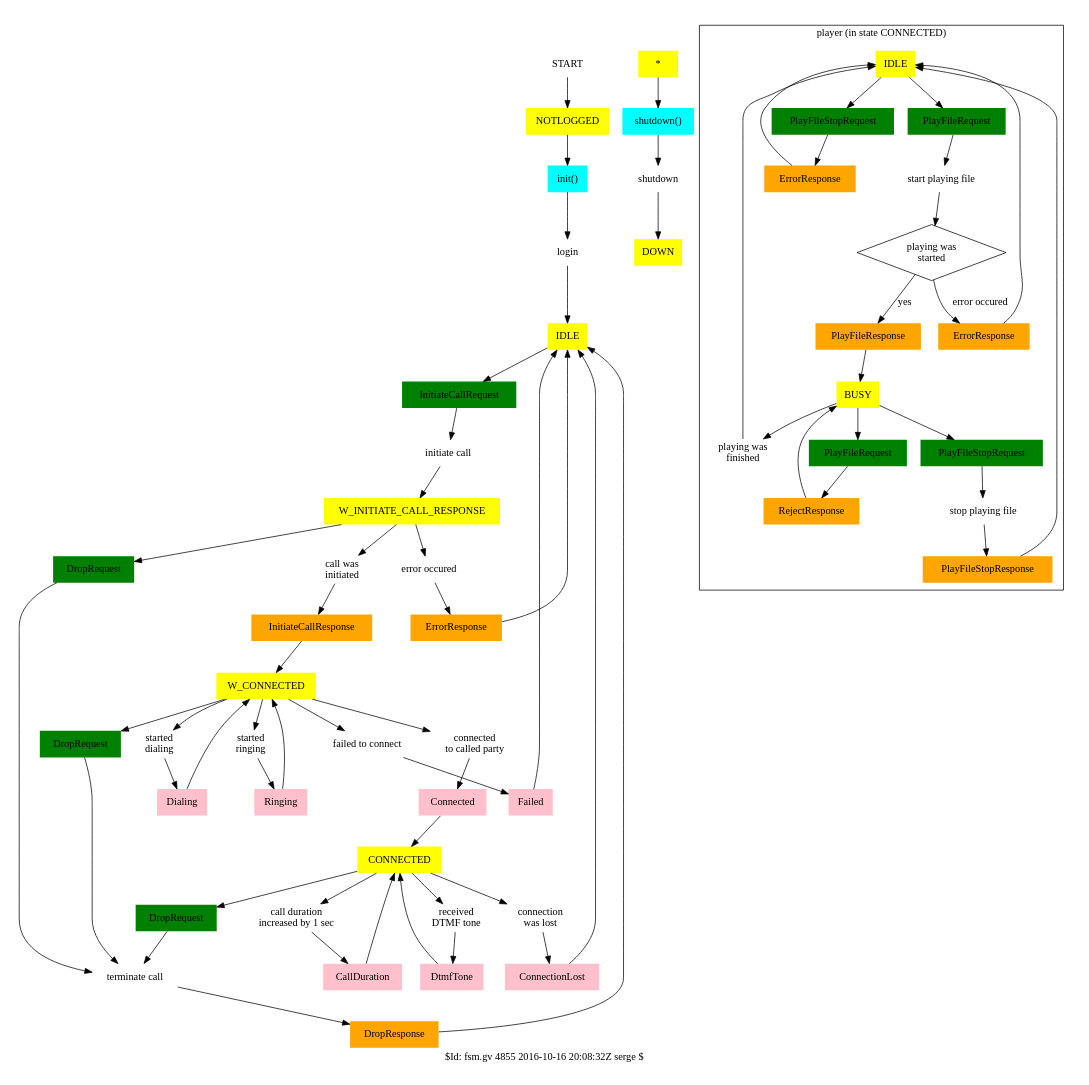
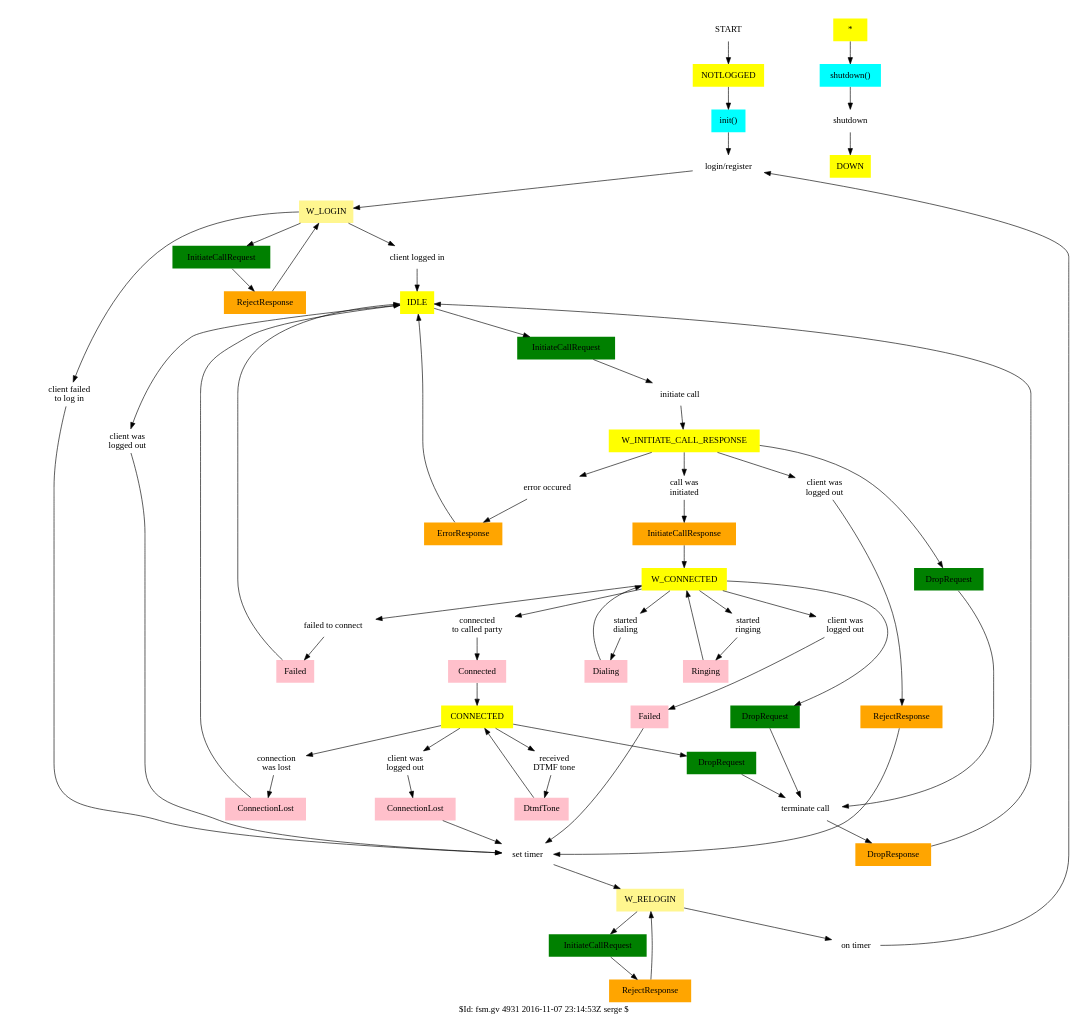
Before and after one commit to trodevel/sip_wrapper: the diagram in docs/fsm.gv, drawn with Graphviz. The commit also changed 5 other files, not shown here.

```diff
--- a/docs/fsm.gv
+++ b/docs/fsm.gv
@@ -1,151 +1,139 @@
 # Simple VOIP Finite State Machine.
 #
 # Copyright (C) 2016 Sergey Kolevatov
 #
 # This program is free software: you can redistribute it and/or modify
 # it under the terms of the GNU General Public License as published by
 # the Free Software Foundation, either version 3 of the License, or
 # (at your option) any later version.
 #
 # This program is distributed in the hope that it will be useful,
 # but WITHOUT ANY WARRANTY; without even the implied warranty of
 # MERCHANTABILITY or FITNESS FOR A PARTICULAR PURPOSE. See the
 # GNU General Public License for more details.
 #
 # You should have received a copy of the GNU General Public License
 # along with this program. If not, see <http://www.gnu.org/licenses/>.
 #
 
-# $Id: fsm.gv 4855 2016-10-16 20:08:32Z serge $
+# $Id: fsm.gv 4931 2016-11-07 23:14:53Z serge $
 #
 # execute: FL=fsm; dot -l sdl.ps -Tps $FL.gv -o $FL.ps; ps2pdf $FL.ps $FL.pdf
 
 digraph FSM
 {
 
-label="$Id: fsm.gv 4855 2016-10-16 20:08:32Z serge $";
+label="$Id: fsm.gv 4931 2016-11-07 23:14:53Z serge $";
 
 size="7,7";
 ratio=fill;
 splines=true;
 node [peripheries=0 style=filled fillcolor=white]
 
 ######################################################
 # States
 
 START                      [ shape = sdl_start ]
 ANY                        [ label = "*" shape = sdl_state fillcolor=yellow ]
 NOTLOGGED                  [ shape = sdl_state fillcolor=yellow ]
+W_RELOGIN                  [ shape = sdl_state fillcolor=khaki1 ]
+W_LOGIN                    [ shape = sdl_state fillcolor=khaki1 ]
 IDLE                       [ shape = sdl_state fillcolor=yellow ]
 W_INITIATE_CALL_RESPONSE   [ shape = sdl_state fillcolor=yellow ]
 W_CONNECTED                [ shape = sdl_state fillcolor=yellow ]
 CONNECTED                  [ shape = sdl_state fillcolor=yellow ]
 DOWN                       [ shape = sdl_state fillcolor=yellow ]
-
-
-subgraph "cluster_player"
-{
-    label="player (in state CONNECTED)"
-
-    PLAYER_IDLE                [ label="IDLE" shape = sdl_state fillcolor=yellow ]
-    PLAYER_BUSY                [ label="BUSY" shape = sdl_state fillcolor=yellow ]
-}
 
 ######################################################
 # Actions
 
 ANY__SHUTDOWN                     [ label="shutdown()"                      shape = sdl_input_from_left fillcolor=cyan ]
 ANY__CALL_SHUTDOWN                [ label="shutdown"                        shape = sdl_call ]
 
 NOTLOGGED__INIT                   [ label="init()"                          shape = sdl_input_from_left fillcolor=cyan]
-NOTLOGGED__CALL_LOGIN             [ label="login"                           shape = sdl_call ]
+NOTLOGGED__SEND_LOGIN             [ label="login/register"                  shape = sdl_output_to_right ]
+
+W_LOGIN__LOGGED                   [ label="client logged in"                shape = sdl_input_from_right ]
+W_LOGIN__FAILED                   [ label="client failed\nto log in"        shape = sdl_input_from_right ]
+W_LOGIN__SET_TIMER                [ label="set timer"                       shape = sdl_set ]
+W_LOGIN__INITIATE                 [ label=InitiateCallRequest               shape = sdl_input_from_left fillcolor=green ]
+W_LOGIN__SEND_REJECT              [ label=RejectResponse                    shape = sdl_output_to_left  fillcolor=orange ]
+
+W_RELOGIN__TIMER                  [ label="on timer"                        shape = sdl_input_from_left ]
+W_RELOGIN__INITIATE               [ label=InitiateCallRequest               shape = sdl_input_from_left fillcolor=green ]
+W_RELOGIN__SEND_REJECT            [ label=RejectResponse                    shape = sdl_output_to_left  fillcolor=orange ]
 
 IDLE__INITIATE                    [ label=InitiateCallRequest               shape = sdl_input_from_left fillcolor=green ]
 IDLE__CALL_ICR                    [ label="initiate call"                   shape = sdl_call ]
+IDLE__LOGGEDOUT                   [ label="client was\nlogged out"          shape = sdl_input_from_right ]
 
 W_INITIATE_CALL_RESPONSE__ICR        [ label="call was\ninitiated"             shape = sdl_input_from_right ]
 W_INITIATE_CALL_RESPONSE__ERROR      [ label="error occured"                   shape = sdl_input_from_right ]
 W_INITIATE_CALL_RESPONSE__SEND_ERROR [ label=ErrorResponse                     shape = sdl_output_to_left   fillcolor=orange ]
 W_INITIATE_CALL_RESPONSE__SEND_ICR   [ label=InitiateCallResponse              shape = sdl_output_to_left   fillcolor=orange ]
 W_INITIATE_CALL_RESPONSE__DROP_REQ   [ label=DropRequest                       shape = sdl_input_from_left  fillcolor=green ]
 W_INITIATE_CALL_RESPONSE__CALL_TERMINATE   [ label="terminate call"            shape = sdl_call ]
 W_INITIATE_CALL_RESPONSE__SEND_DROP_RESP   [ label=DropResponse                shape = sdl_output_to_left   fillcolor=orange ]
+W_INITIATE_CALL_RESPONSE__LOGGEDOUT        [ label="client was\nlogged out"          shape = sdl_input_from_right ]
+W_INITIATE_CALL_RESPONSE__SEND_REJECT      [ label=RejectResponse              shape = sdl_output_to_left   fillcolor=orange ]
 
 W_CONNECTED__DROP_REQ              [ label=DropRequest                       shape = sdl_input_from_left fillcolor=green ]
 W_CONNECTED__CONNECTED             [ label="connected\nto called party"      shape = sdl_input_from_right ]
 W_CONNECTED__SEND_CONNECTED        [ label=Connected                         shape = sdl_output_to_left  fillcolor=pink ]
 W_CONNECTED__FAILED                [ label="failed to connect"               shape = sdl_input_from_right ]
 W_CONNECTED__SEND_FAILED           [ label=Failed                            shape = sdl_output_to_left  fillcolor=pink ]
 W_CONNECTED__DIALING               [ label="started\ndialing"                shape = sdl_input_from_right ]
 W_CONNECTED__SEND_DIALING          [ label=Dialing                           shape = sdl_output_to_left  fillcolor=pink ]
 W_CONNECTED__RINGING               [ label="started\nringing"                shape = sdl_input_from_right ]
 W_CONNECTED__SEND_RINGING          [ label=Ringing                           shape = sdl_output_to_left  fillcolor=pink ]
+W_CONNECTED__LOGGEDOUT             [ label="client was\nlogged out"          shape = sdl_input_from_right ]
+W_CONNECTED__SEND_FAILED_2         [ label=Failed                            shape = sdl_output_to_left  fillcolor=pink ]
 
 CONNECTED__DROP_REQ               [ label=DropRequest                       shape = sdl_input_from_left fillcolor=green ]
 CONNECTED__DTMF_TONE              [ label="received\nDTMF tone"             shape = sdl_input_from_right ]
 CONNECTED__SEND_DTMF_TONE         [ label=DtmfTone                          shape = sdl_output_to_left fillcolor=pink ]
-CONNECTED__DURATION               [ label="call duration\nincreased by 1 sec"        shape = sdl_input_from_right ]
-CONNECTED__SEND_DURATION          [ label=CallDuration                      shape = sdl_output_to_left fillcolor=pink ]
+#CONNECTED__DURATION               [ label="call duration\nincreased by 1 sec"        shape = sdl_input_from_right ]
+#CONNECTED__SEND_DURATION          [ label=CallDuration                      shape = sdl_output_to_left fillcolor=pink ]
 CONNECTED__CONN_LOST              [ label="connection\nwas lost"            shape = sdl_input_from_right ]
 CONNECTED__SEND_CONN_LOST         [ label=ConnectionLost                    shape = sdl_output_to_left fillcolor=pink ]
-
-subgraph "cluster_player"
-{
-
-PLAYER_IDLE__PLAY_FILE_STOP_REQ     [ label=PlayFileStopRequest               shape = sdl_input_from_left fillcolor=green]
-PLAYER_IDLE__SEND_ERROR_RESP        [ label=ErrorResponse                     shape = sdl_output_to_left  fillcolor=orange ]
-PLAYER_IDLE__PLAY_FILE_REQ          [ label=PlayFileRequest                   shape = sdl_input_from_left fillcolor=green]
-PLAYER_IDLE__SEND_PLAY_FILE_REQ     [ label="start playing file"              shape = sdl_call ]
-PLAYER_IDLE__SEND_PLAY_FILE_RESP    [ label=PlayFileResponse                  shape = sdl_output_to_left  fillcolor=orange ]
-PLAYER_IDLE__IS_OK                  [ label="playing was\nstarted"            shape = diamond peripheries=1]
-
-PLAYER_BUSY__PLAY_FILE_REQ     [ label=PlayFileRequest                   shape = sdl_input_from_left fillcolor=green]
-PLAYER_BUSY__SEND_REJECT       [ label=RejectResponse                    shape = sdl_output_to_left  fillcolor=orange ]
-PLAYER_BUSY__SEND_ERROR        [ label=ErrorResponse                     shape = sdl_output_to_left  fillcolor=orange ]
-PLAYER_BUSY__PLAY_FILE_FINISHED        [ label="playing was\nfinished"   shape = sdl_input_from_right ]
-PLAYER_BUSY__PLAY_FILE_STOP_REQ        [ label=PlayFileStopRequest       shape = sdl_input_from_left fillcolor=green]
-PLAYER_BUSY__CALL_PLAY_FILE_STOP       [ label="stop playing file"       shape = sdl_call ]
-PLAYER_BUSY__SEND_PLAY_FILE_STOP_RESP  [ label=PlayFileStopResponse      shape = sdl_output_to_left  fillcolor=orange ]
-
-}
+CONNECTED__LOGGEDOUT              [ label="client was\nlogged out"          shape = sdl_input_from_right ]
+CONNECTED__SEND_CONN_LOST_2       [ label=ConnectionLost                    shape = sdl_output_to_left fillcolor=pink ]
 
 ######################################################
 # Transitions
 
 START -> NOTLOGGED
 
 ANY -> ANY__SHUTDOWN         -> ANY__CALL_SHUTDOWN    -> DOWN
 
-NOTLOGGED -> NOTLOGGED__INIT -> NOTLOGGED__CALL_LOGIN -> IDLE
+NOTLOGGED -> NOTLOGGED__INIT -> NOTLOGGED__SEND_LOGIN -> W_LOGIN
+
+W_LOGIN -> W_LOGIN__LOGGED   -> IDLE
+W_LOGIN -> W_LOGIN__FAILED   -> W_LOGIN__SET_TIMER   -> W_RELOGIN
+W_LOGIN -> W_LOGIN__INITIATE -> W_LOGIN__SEND_REJECT -> W_LOGIN
+
+W_RELOGIN -> W_RELOGIN__TIMER    -> NOTLOGGED__SEND_LOGIN
+W_RELOGIN -> W_RELOGIN__INITIATE -> W_RELOGIN__SEND_REJECT -> W_RELOGIN
 
 IDLE -> IDLE__INITIATE       -> IDLE__CALL_ICR        -> W_INITIATE_CALL_RESPONSE
+IDLE -> IDLE__LOGGEDOUT      -> W_LOGIN__SET_TIMER
 
-W_INITIATE_CALL_RESPONSE -> W_INITIATE_CALL_RESPONSE__ICR      -> W_INITIATE_CALL_RESPONSE__SEND_ICR       -> W_CONNECTED
-W_INITIATE_CALL_RESPONSE -> W_INITIATE_CALL_RESPONSE__ERROR    -> W_INITIATE_CALL_RESPONSE__SEND_ERROR     -> IDLE
-W_INITIATE_CALL_RESPONSE -> W_INITIATE_CALL_RESPONSE__DROP_REQ -> W_INITIATE_CALL_RESPONSE__CALL_TERMINATE -> W_INITIATE_CALL_RESPONSE__SEND_DROP_RESP -> IDLE
+W_INITIATE_CALL_RESPONSE -> W_INITIATE_CALL_RESPONSE__ICR       -> W_INITIATE_CALL_RESPONSE__SEND_ICR       -> W_CONNECTED
+W_INITIATE_CALL_RESPONSE -> W_INITIATE_CALL_RESPONSE__ERROR     -> W_INITIATE_CALL_RESPONSE__SEND_ERROR     -> IDLE
+W_INITIATE_CALL_RESPONSE -> W_INITIATE_CALL_RESPONSE__DROP_REQ  -> W_INITIATE_CALL_RESPONSE__CALL_TERMINATE -> W_INITIATE_CALL_RESPONSE__SEND_DROP_RESP -> IDLE
+W_INITIATE_CALL_RESPONSE -> W_INITIATE_CALL_RESPONSE__LOGGEDOUT -> W_INITIATE_CALL_RESPONSE__SEND_REJECT    -> W_LOGIN__SET_TIMER
 
 W_CONNECTED -> W_CONNECTED__DROP_REQ  -> W_INITIATE_CALL_RESPONSE__CALL_TERMINATE
 W_CONNECTED -> W_CONNECTED__CONNECTED -> W_CONNECTED__SEND_CONNECTED -> CONNECTED
 W_CONNECTED -> W_CONNECTED__FAILED    -> W_CONNECTED__SEND_FAILED    -> IDLE
 W_CONNECTED -> W_CONNECTED__DIALING   -> W_CONNECTED__SEND_DIALING   -> W_CONNECTED
 W_CONNECTED -> W_CONNECTED__RINGING   -> W_CONNECTED__SEND_RINGING   -> W_CONNECTED
+W_CONNECTED -> W_CONNECTED__LOGGEDOUT -> W_CONNECTED__SEND_FAILED_2  -> W_LOGIN__SET_TIMER
 
 CONNECTED -> CONNECTED__DROP_REQ           -> W_INITIATE_CALL_RESPONSE__CALL_TERMINATE
 CONNECTED -> CONNECTED__CONN_LOST          -> CONNECTED__SEND_CONN_LOST                -> IDLE
 CONNECTED -> CONNECTED__DTMF_TONE          -> CONNECTED__SEND_DTMF_TONE                -> CONNECTED
-CONNECTED -> CONNECTED__DURATION           -> CONNECTED__SEND_DURATION                 -> CONNECTED
-
-PLAYER_IDLE -> PLAYER_IDLE__PLAY_FILE_STOP_REQ -> PLAYER_IDLE__SEND_ERROR_RESP      -> PLAYER_IDLE
-PLAYER_IDLE -> PLAYER_IDLE__PLAY_FILE_REQ      -> PLAYER_IDLE__SEND_PLAY_FILE_REQ   -> PLAYER_IDLE__IS_OK
-               PLAYER_IDLE__IS_OK -> PLAYER_IDLE__SEND_PLAY_FILE_RESP          [ label="yes" ]
-                                     PLAYER_IDLE__SEND_PLAY_FILE_RESP -> PLAYER_BUSY
-               PLAYER_IDLE__IS_OK -> PLAYER_BUSY__SEND_ERROR   [ label="error occured" ]
-                                     PLAYER_BUSY__SEND_ERROR   -> PLAYER_IDLE
-
-
-PLAYER_BUSY -> PLAYER_BUSY__PLAY_FILE_REQ      -> PLAYER_BUSY__SEND_REJECT   -> PLAYER_BUSY
-PLAYER_BUSY -> PLAYER_BUSY__PLAY_FILE_FINISHED -> PLAYER_IDLE
-#PLAYER_BUSY -> PLAYER_BUSY__PLAY_FILE_RESP     -> PLAYER_BUSY__SEND_PLAY_FILE_RESP -> PLAYER_BUSY
-PLAYER_BUSY -> PLAYER_BUSY__PLAY_FILE_STOP_REQ -> PLAYER_BUSY__CALL_PLAY_FILE_STOP -> PLAYER_BUSY__SEND_PLAY_FILE_STOP_RESP -> PLAYER_IDLE
+#CONNECTED -> CONNECTED__DURATION           -> CONNECTED__SEND_DURATION                 -> CONNECTED
+CONNECTED -> CONNECTED__LOGGEDOUT          -> CONNECTED__SEND_CONN_LOST_2              -> W_LOGIN__SET_TIMER
 
 }
```
